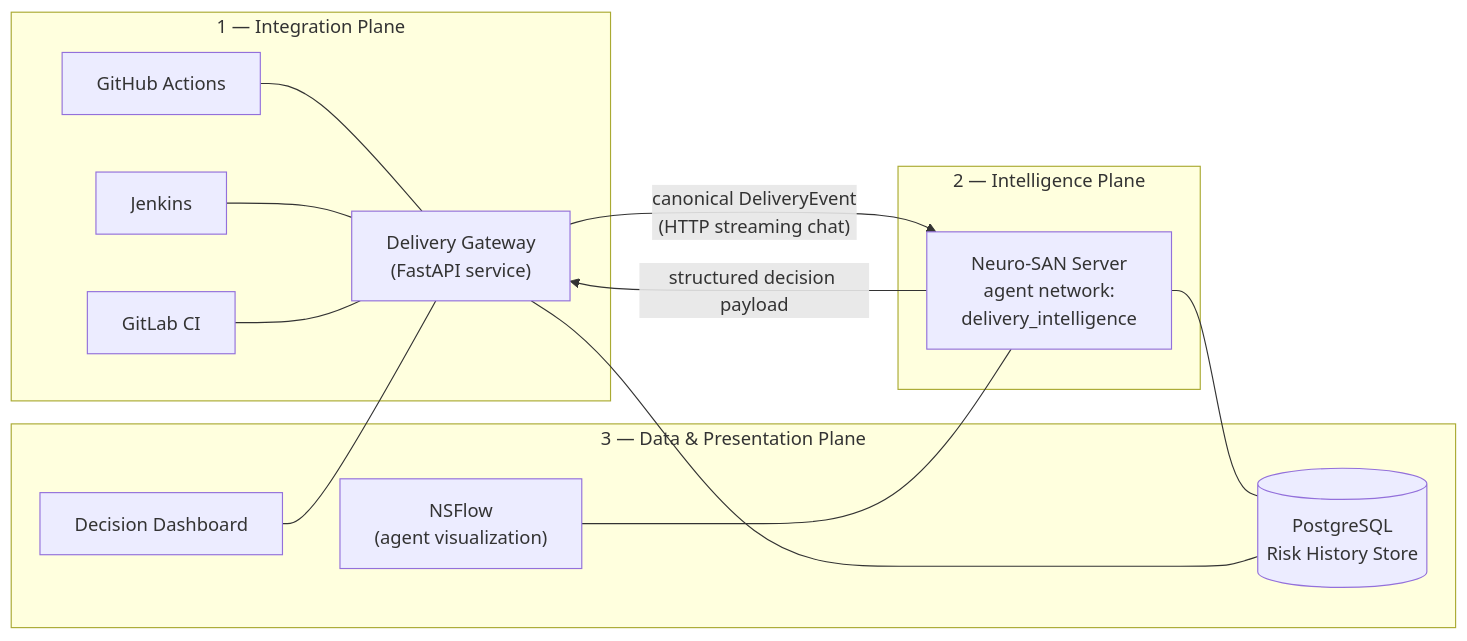
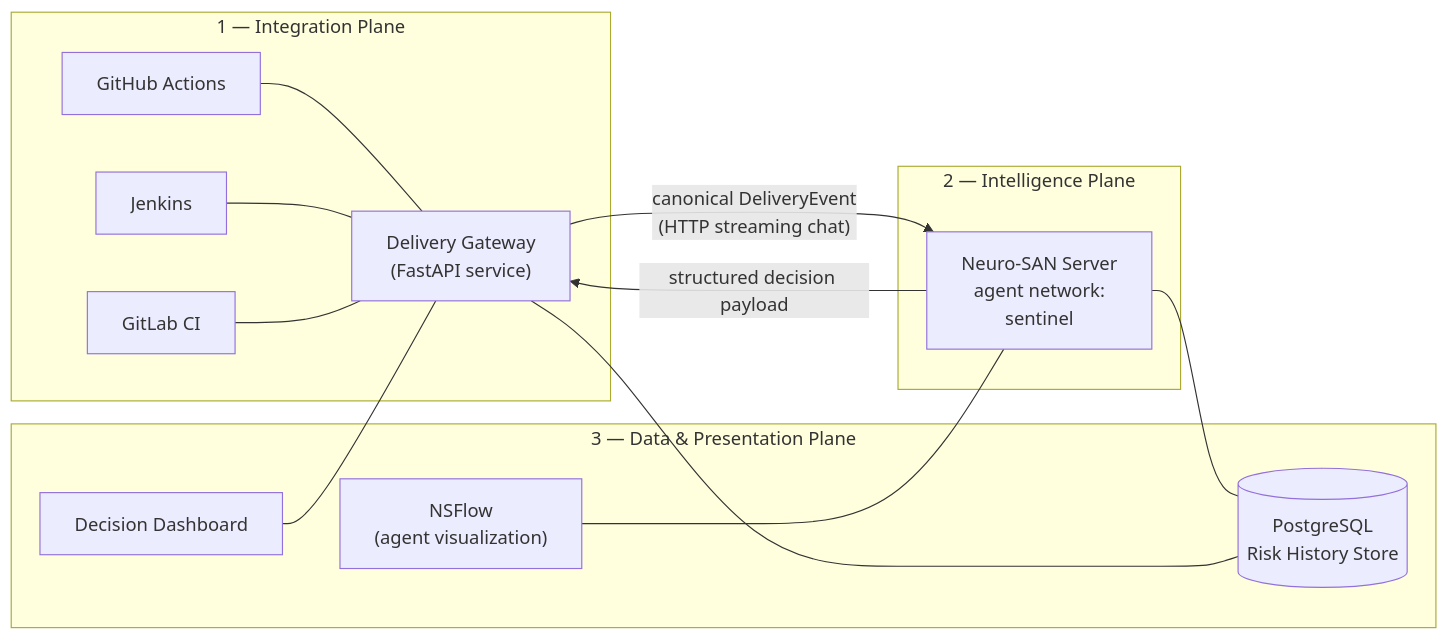
Before and after one commit to anandharshit712/Sentinel: the first of 2 diagrams in docs/solution/01-proposed-solution.md, drawn with Mermaid. The commit also changed other lines of this file and 37 other files, not shown here.

````diff
--- a/docs/solution/01-proposed-solution.md
+++ b/docs/solution/01-proposed-solution.md
@@ -47,23 +47,23 @@
 ```mermaid
 flowchart LR
     subgraph IP["1 — Integration Plane"]
         GH["GitHub Actions"] --- GW
         JK["Jenkins"] --- GW
         GL["GitLab CI"] --- GW
         GW["Delivery Gateway<br/>(FastAPI service)"]
     end
     subgraph INTP["2 — Intelligence Plane"]
-        NS["Neuro-SAN Server<br/>agent network:<br/>delivery_intelligence"]
+        NS["Neuro-SAN Server<br/>agent network:<br/>sentinel"]
     end
     subgraph DP["3 — Data & Presentation Plane"]
         PG[("PostgreSQL<br/>Risk History Store")]
         DB["Decision Dashboard"]
         NF["NSFlow<br/>(agent visualization)"]
     end
     GW -->|"canonical DeliveryEvent<br/>(HTTP streaming chat)"| NS
     NS -->|"structured decision payload"| GW
     NS --- PG
     GW --- PG
     DB --- GW
     NF --- NS
 ```
````
